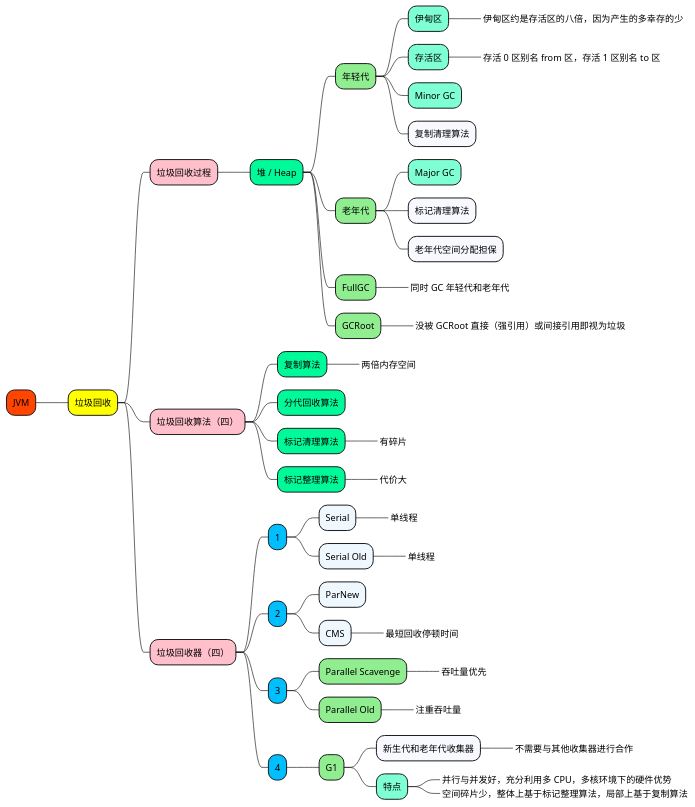
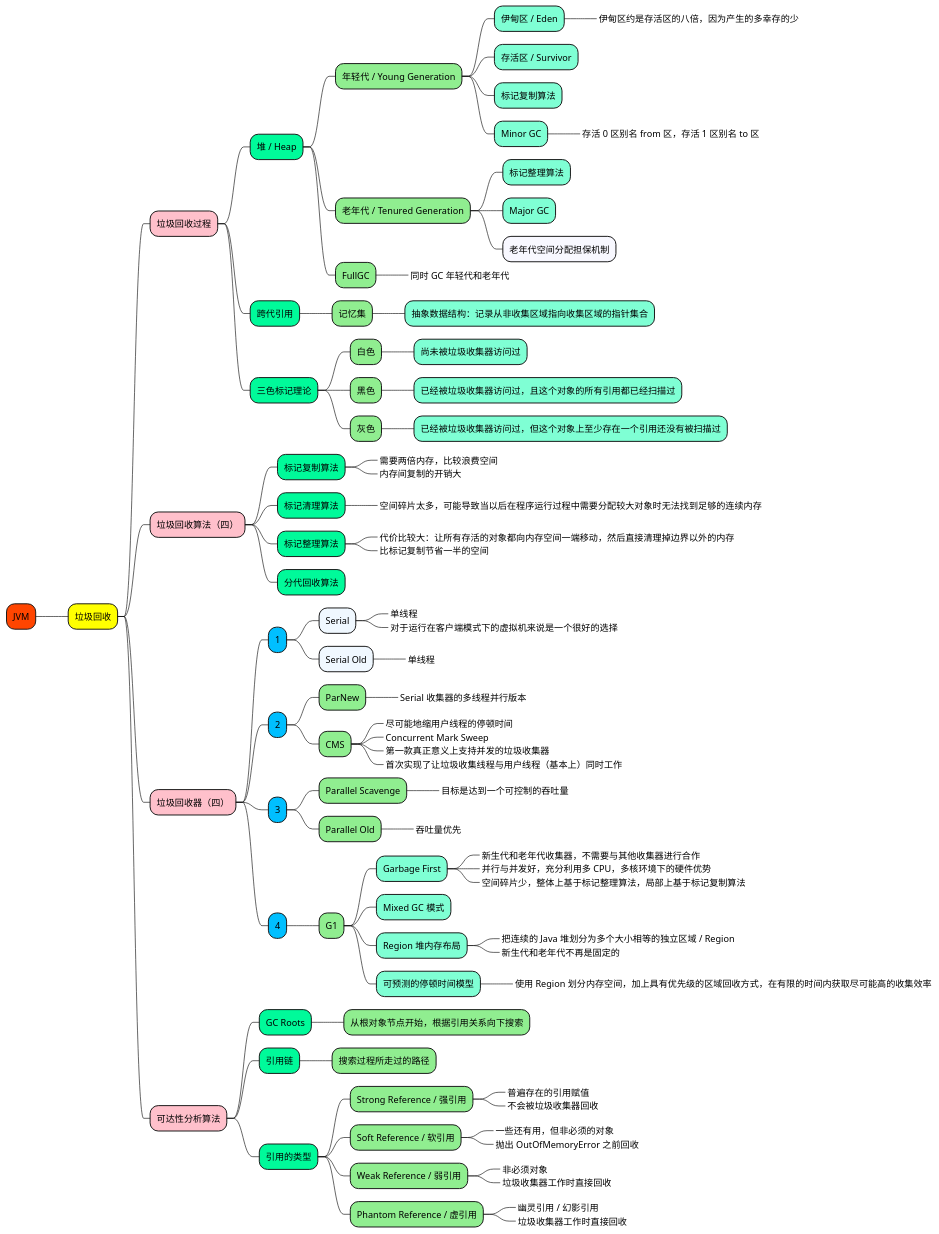
Before and after one commit to doveg/self-cultivation-of-a-software-engineer: the diagram in 1_map/java/JVM-垃圾回收.puml, drawn with PlantUML. The commit also changed 11 other files, not shown here.

```diff
--- a/1_map/java/JVM-垃圾回收.puml
+++ b/1_map/java/JVM-垃圾回收.puml
@@ -1,70 +1,122 @@
 @startmindmap
 
 +[#OrangeRed] JVM
 
 ++[#yellow] 垃圾回收
 
 +++[#Pink] 垃圾回收过程
 
 ++++[#MediumSpringGreen] 堆 / Heap
 
-+++++[#LightGreen] 年轻代
-++++++[#Aquamarine] 伊甸区
++++++[#LightGreen] 年轻代 / Young Generation
+++++++[#Aquamarine] 伊甸区 / Eden
 +++++++[#Aquamarine]_ 伊甸区约是存活区的八倍，因为产生的多幸存的少
-++++++[#Aquamarine] 存活区
+++++++[#Aquamarine] 存活区 / Survivor
+++++++[#Aquamarine] 标记复制算法
+++++++[#Aquamarine] Minor GC
 +++++++[#Aquamarine]_ 存活 0 区别名 from 区，存活 1 区别名 to 区
-++++++[#Aquamarine] Minor GC
-++++++[#GhostWhite] 复制清理算法
 
-+++++[#LightGreen] 老年代
++++++[#LightGreen] 老年代 / Tenured Generation
+++++++[#Aquamarine] 标记整理算法
 ++++++[#Aquamarine] Major GC
-++++++[#GhostWhite] 标记清理算法
-++++++[#GhostWhite] 老年代空间分配担保
+++++++[#GhostWhite] 老年代空间分配担保机制
 
 +++++[#LightGreen] FullGC
 ++++++_ 同时 GC 年轻代和老年代
 
-+++++[#LightGreen] GCRoot
-++++++_ 没被 GCRoot 直接（强引用）或间接引用即视为垃圾
+++++[#MediumSpringGreen] 跨代引用
++++++[#LightGreen] 记忆集
+++++++[#Aquamarine] 抽象数据结构：记录从非收集区域指向收集区域的指针集合
 
+++++[#MediumSpringGreen] 三色标记理论
++++++[#LightGreen] 白色
+++++++[#Aquamarine] 尚未被垃圾收集器访问过
++++++[#LightGreen] 黑色
+++++++[#Aquamarine] 已经被垃圾收集器访问过，且这个对象的所有引用都已经扫描过
++++++[#LightGreen] 灰色
+++++++[#Aquamarine] 已经被垃圾收集器访问过，但这个对象上至少存在一个引用还没有被扫描过
 
 +++[#Pink] 垃圾回收算法（四）
 
-++++[#MediumSpringGreen] 复制算法
-+++++_ 两倍内存空间
+++++[#MediumSpringGreen] 标记复制算法
++++++_ 需要两倍内存，比较浪费空间
++++++_ 内存间复制的开销大
+
+++++[#MediumSpringGreen] 标记清理算法
++++++_ 空间碎片太多，可能导致当以后在程序运行过程中需要分配较大对象时无法找到足够的连续内存
+
+++++[#MediumSpringGreen] 标记整理算法
++++++_ 代价比较大：让所有存活的对象都向内存空间一端移动，然后直接清理掉边界以外的内存
++++++_ 比标记复制节省一半的空间
+
 ++++[#MediumSpringGreen] 分代回收算法
-++++[#MediumSpringGreen] 标记清理算法
-+++++_ 有碎片
-++++[#MediumSpringGreen] 标记整理算法
-+++++_ 代价大
 
 
 +++[#Pink] 垃圾回收器（四）
 
 ++++[#DeepSkyBlue] 1
 +++++[#AliceBlue] Serial
-++++++_ 单线程
+++++++[#AliceBlue]_ 单线程
+++++++[#AliceBlue]_ 对于运行在客户端模式下的虚拟机来说是一个很好的选择
 +++++[#AliceBlue] Serial Old
-++++++_ 单线程
+++++++[#AliceBlue]_ 单线程
 
 ++++[#DeepSkyBlue] 2
-+++++[#AliceBlue] ParNew
-+++++[#AliceBlue] CMS
-++++++_ 最短回收停顿时间
++++++[#LightGreen] ParNew
+++++++[#LightGreen]_ Serial 收集器的多线程并行版本
++++++[#LightGreen] CMS
+++++++[#LightGreen]_ 尽可能地缩用户线程的停顿时间
+++++++[#LightGreen]_ Concurrent Mark Sweep
+++++++[#LightGreen]_ 第一款真正意义上支持并发的垃圾收集器
+++++++[#LightGreen]_ 首次实现了让垃圾收集线程与用户线程（基本上）同时工作
 
 ++++[#DeepSkyBlue] 3
 +++++[#LightGreen] Parallel Scavenge
-++++++_ 吞吐量优先
+++++++[#LightGreen]_ 目标是达到一个可控制的吞吐量
 +++++[#LightGreen] Parallel Old
-++++++_ 注重吞吐量
+++++++[#LightGreen]_ 吞吐量优先
 
 ++++[#DeepSkyBlue] 4
 +++++[#LightGreen] G1
-++++++[#GhostWhite] 新生代和老年代收集器
-+++++++_ 不需要与其他收集器进行合作
-++++++[#Aquamarine] 特点
-+++++++_ 并行与并发好，充分利用多 CPU，多核环境下的硬件优势
-+++++++_ 空间碎片少，整体上基于标记整理算法，局部上基于复制算法
+
+++++++[#Aquamarine] Garbage First
++++++++[#Aquamarine]_ 新生代和老年代收集器，不需要与其他收集器进行合作
++++++++[#Aquamarine]_ 并行与并发好，充分利用多 CPU，多核环境下的硬件优势
++++++++[#Aquamarine]_ 空间碎片少，整体上基于标记整理算法，局部上基于标记复制算法
+
+++++++[#Aquamarine] Mixed GC 模式
+
+++++++[#Aquamarine] Region 堆内存布局
++++++++[#Aquamarine]_ 把连续的 Java 堆划分为多个大小相等的独立区域 / Region
++++++++[#Aquamarine]_ 新生代和老年代不再是固定的
+
+++++++[#Aquamarine] 可预测的停顿时间模型
++++++++[#Aquamarine]_ 使用 Region 划分内存空间，加上具有优先级的区域回收方式，在有限的时间内获取尽可能高的收集效率
+
+
++++[#Pink] 可达性分析算法
+
+++++[#MediumSpringGreen] GC Roots
++++++[#LightGreen] 从根对象节点开始，根据引用关系向下搜索
+++++[#MediumSpringGreen] 引用链
++++++[#LightGreen] 搜索过程所走过的路径
+
+++++[#MediumSpringGreen] 引用的类型
++++++[#LightGreen] Strong Reference / 强引用
+++++++[#LightGreen]_ 普遍存在的引用赋值
+++++++[#LightGreen]_ 不会被垃圾收集器回收
+
++++++[#LightGreen] Soft Reference / 软引用
+++++++[#LightGreen]_ 一些还有用，但非必须的对象
+++++++[#LightGreen]_ 抛出 OutOfMemoryError 之前回收
+
++++++[#LightGreen] Weak Reference / 弱引用
+++++++[#LightGreen]_ 非必须对象
+++++++[#LightGreen]_ 垃圾收集器工作时直接回收
+
++++++[#LightGreen] Phantom Reference / 虚引用
+++++++[#LightGreen]_ 幽灵引用 / 幻影引用
+++++++[#LightGreen]_ 垃圾收集器工作时直接回收
 
 
 @endmindmap
```
